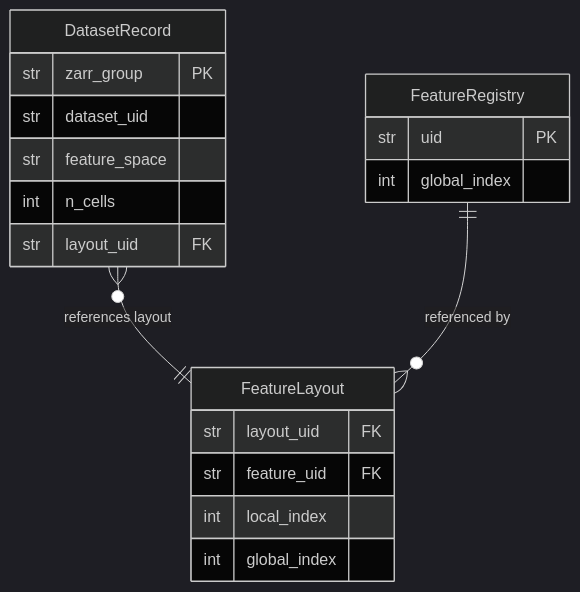
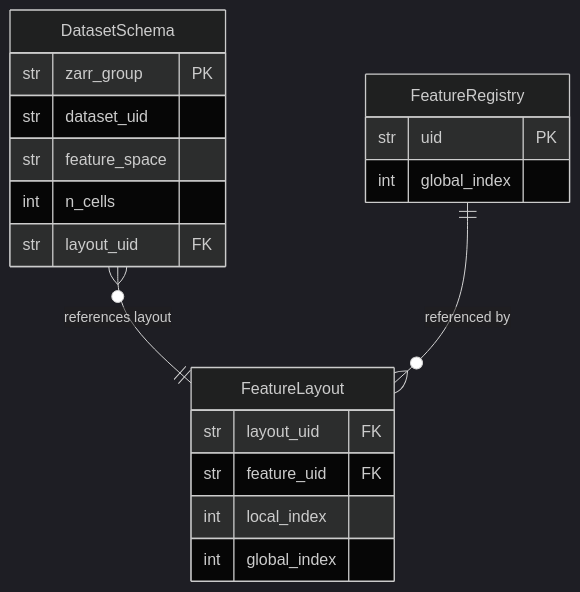
Before and after one commit to epiblastai/homeobox: the third of 4 diagrams in docs/data_structure.md, drawn with Mermaid (dark theme). The commit also changed other lines of this file and 23 other files, not shown here.

````diff
--- a/docs/data_structure.md
+++ b/docs/data_structure.md
@@ -192,22 +192,22 @@
 ```mermaid
 erDiagram
-    DatasetRecord {
+    DatasetSchema {
         str zarr_group PK
         str dataset_uid
         str feature_space
         int n_cells
         str layout_uid FK
     }
     FeatureRegistry {
         str uid PK
         int global_index
     }
     FeatureLayout {
         str layout_uid FK
         str feature_uid FK
         int local_index
         int global_index
     }
-    DatasetRecord }o--|| FeatureLayout : "references layout"
+    DatasetSchema }o--|| FeatureLayout : "references layout"
     FeatureRegistry ||--o{ FeatureLayout : "referenced by"
 ```
````
